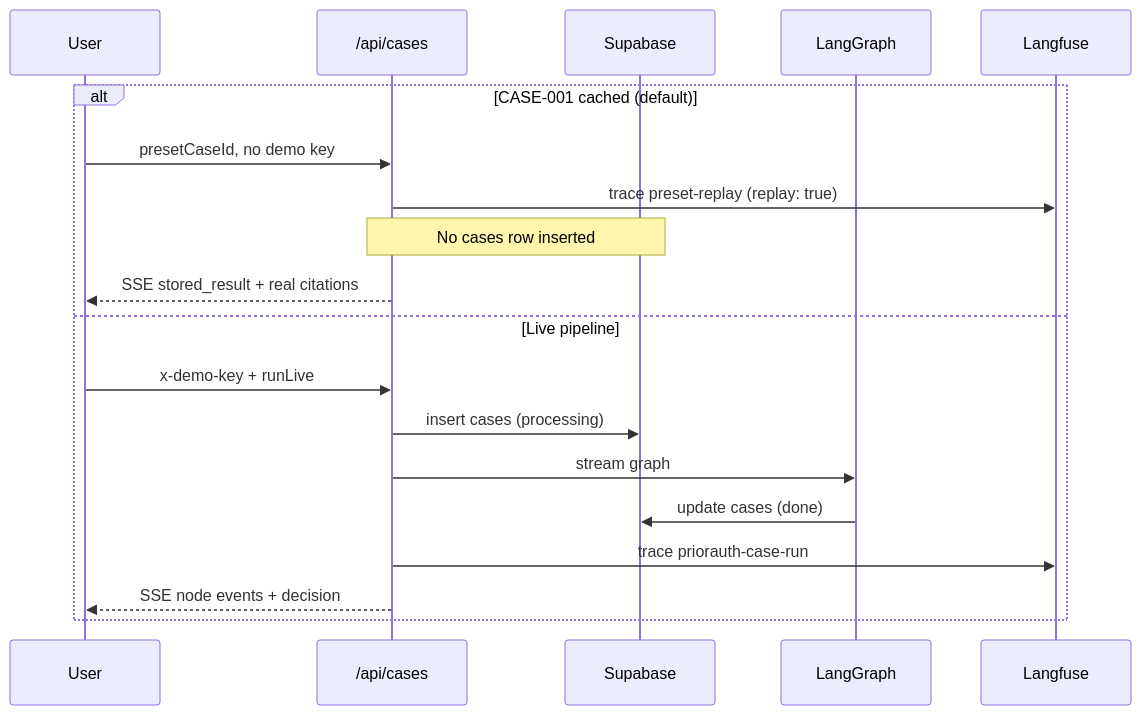
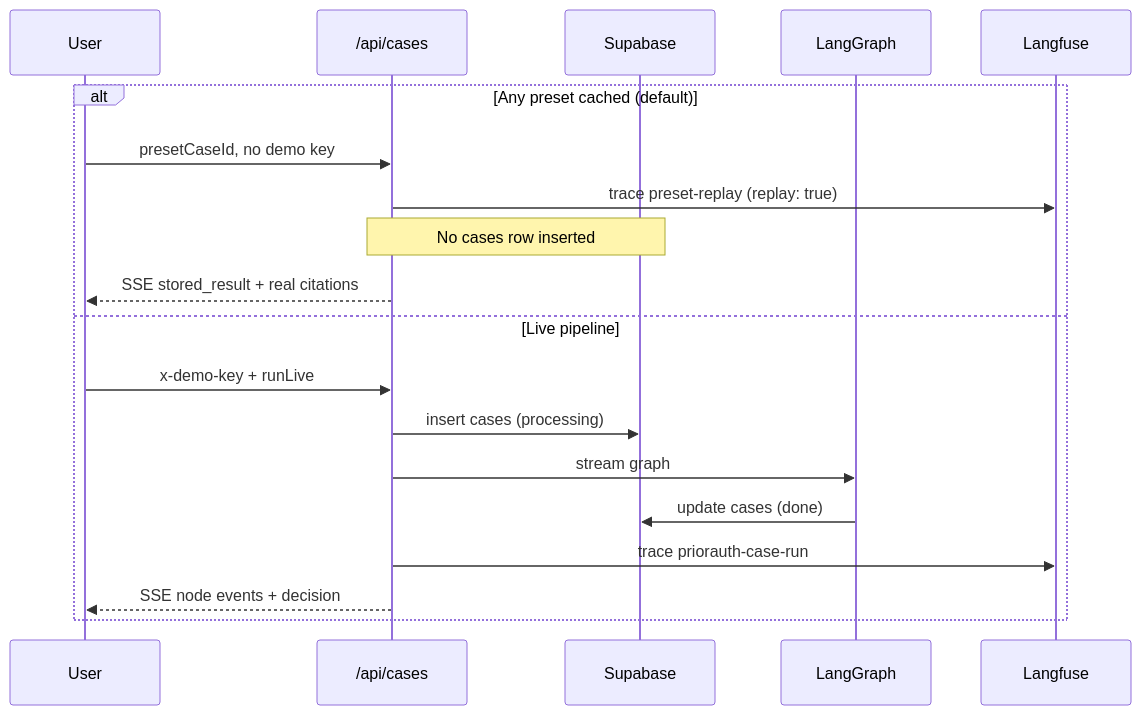
Before and after one commit to asorari09/priorauth-copilot: the second of 3 diagrams in README.md, drawn with Mermaid. The commit also changed other lines of this file and 7 other files, not shown here.

````diff
--- a/README.md
+++ b/README.md
@@ -97,22 +98,22 @@
 ```mermaid
 sequenceDiagram
   participant U as User
   participant API as /api/cases
   participant DB as Supabase
   participant G as LangGraph
   participant LF as Langfuse
 
-  alt CASE-001 cached (default)
+  alt Any preset cached (default)
     U->>API: presetCaseId, no demo key
     API->>LF: trace preset-replay (replay: true)
     Note over API,DB: No cases row inserted
     API-->>U: SSE stored_result + real citations
   else Live pipeline
     U->>API: x-demo-key + runLive
     API->>DB: insert cases (processing)
     API->>G: stream graph
     G->>DB: update cases (done)
     API->>LF: trace priorauth-case-run
     API-->>U: SSE node events + decision
   end
 ```
````
